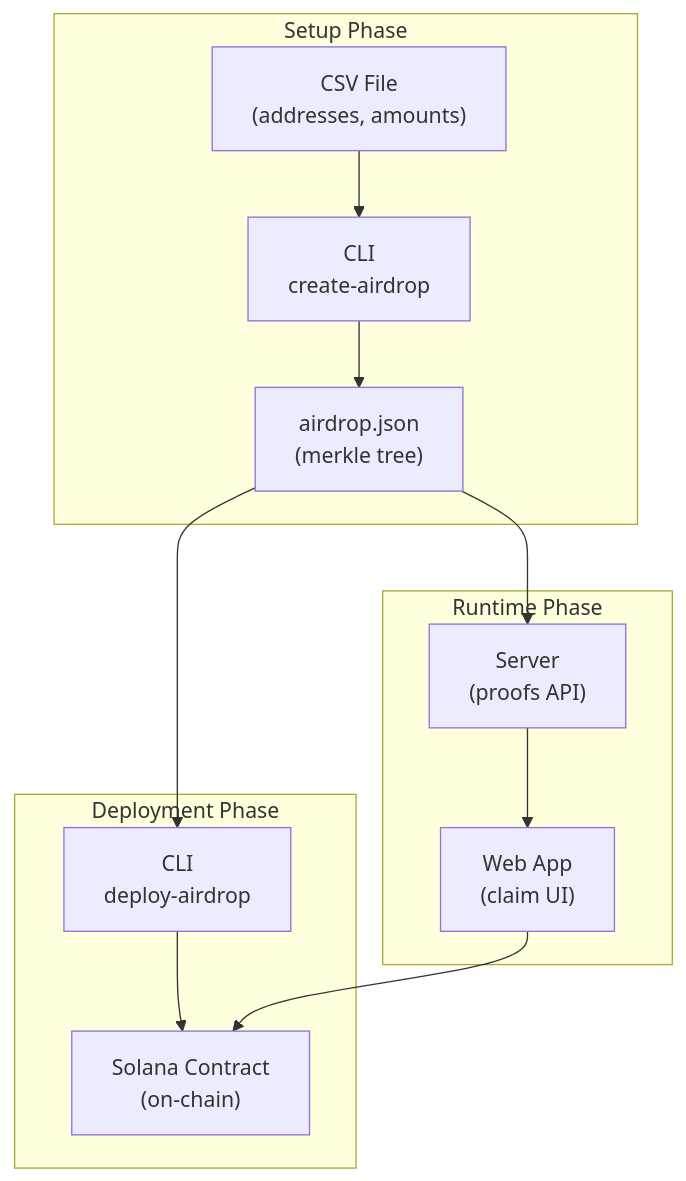
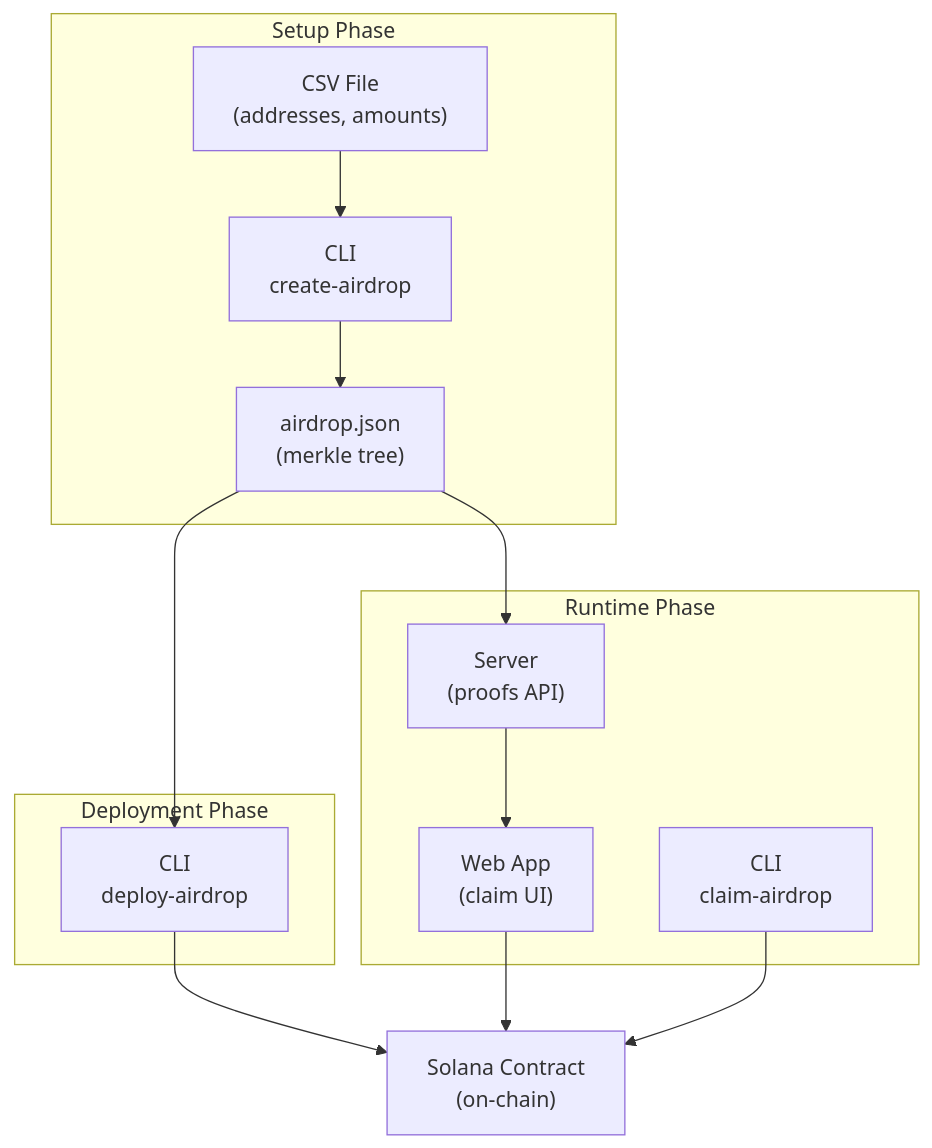
One commit to GriffinMcLennan/solana-easy-airdrop changed the diagram in README.md. Above: the diagram before and after it, drawn with Mermaid.

Commit message:
refine readme diagram

````diff
--- a/README.md
+++ b/README.md
@@ -7,23 +7,28 @@
 ```mermaid
 flowchart TB
     subgraph Setup["Setup Phase"]
         CSV["CSV File<br/>(addresses, amounts)"]
         CLI1["CLI<br/>create-airdrop"]
         JSON["airdrop.json<br/>(merkle tree)"]
         CSV --> CLI1 --> JSON
     end
 
     subgraph Deployment["Deployment Phase"]
         CLI2["CLI<br/>deploy-airdrop"]
-        Contract["Solana Contract<br/>(on-chain)"]
-        JSON --> CLI2 --> Contract
+        JSON --> CLI2
     end
 
     subgraph Runtime["Runtime Phase"]
         Server["Server<br/>(proofs API)"]
         WebApp["Web App<br/>(claim UI)"]
+        CLI3["CLI<br/>claim-airdrop"]
         JSON --> Server
         Server --> WebApp
-        WebApp --> Contract
     end
+
+    Contract["Solana Contract<br/>(on-chain)"]
+
+    CLI2 --> Contract
+    WebApp --> Contract
+    CLI3 --> Contract
 ```
````
